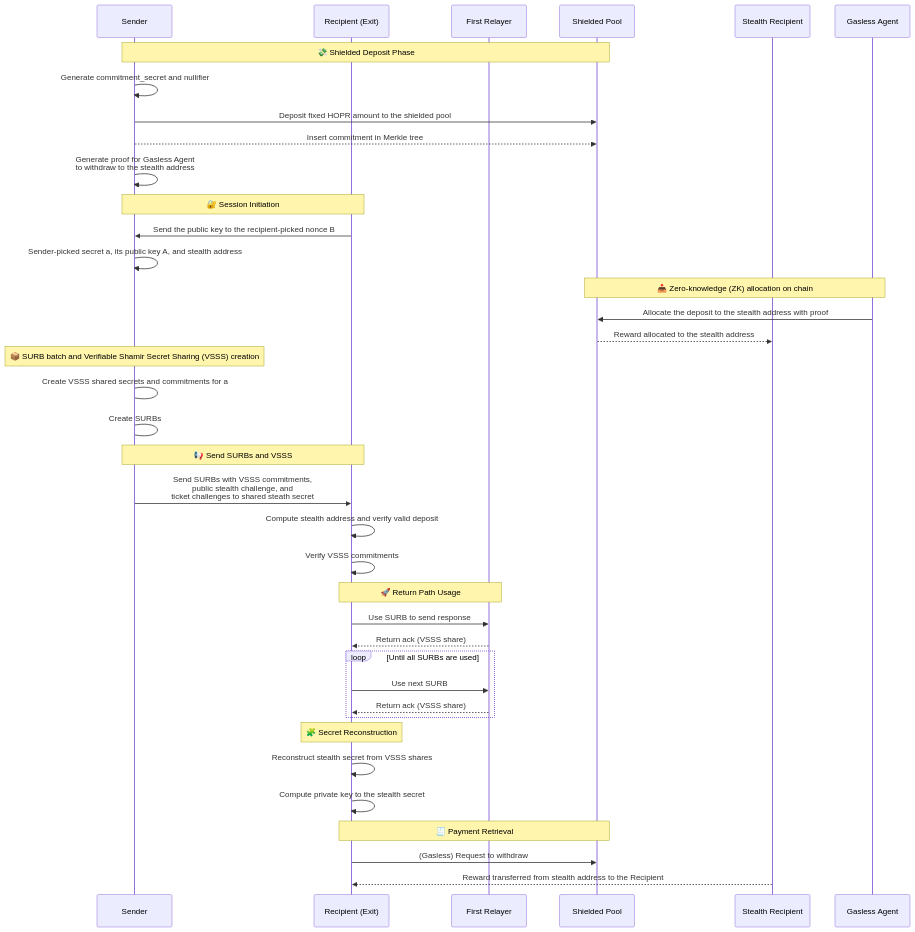
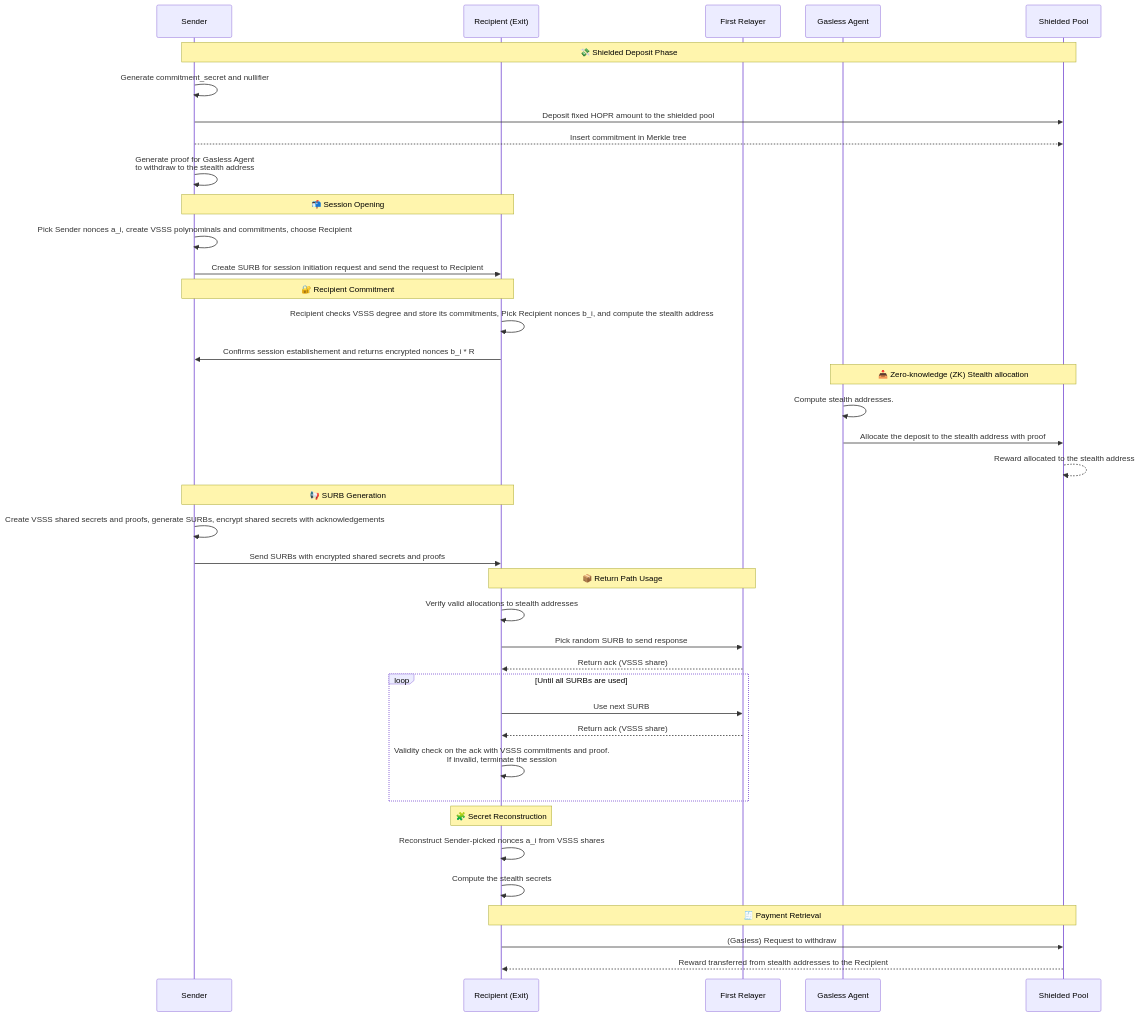
One commit to hoprnet/rfc changed the diagram in RFC-0008-return-path-incentivization/0008-return-path-incentivization.md. Above: the diagram before and after it, drawn with Mermaid. The commit also changed other lines of this file, not shown here.

````diff
--- a/RFC-0008-return-path-incentivization/0008-return-path-incentivization.md
+++ b/RFC-0008-return-path-incentivization/0008-return-path-incentivization.md
@@ -97,49 +104,50 @@
 ```mermaid
 sequenceDiagram
     participant S as Sender
     participant R as Recipient (Exit)
     participant FR as First Relayer
+    participant A as Gasless Agent
     participant ShieldedPool as Shielded Pool
-    participant SR as Stealth Recipient
-    participant A as Gasless Agent
 
     Note over S,ShieldedPool: 💸 Shielded Deposit Phase
     S->>S: Generate commitment_secret and nullifier
     S->>ShieldedPool: Deposit fixed HOPR amount to the shielded pool
     S-->>ShieldedPool: Insert commitment in Merkle tree
     S->>S: Generate proof for Gasless Agent <br/> to withdraw to the stealth address
 
-    Note over S,R: 🔐 Session Initiation
-    R->>S: Send the public key to the recipient-picked nonce B
-    S->>S: Sender-picked secret a, its public key A, and stealth address
-    
-    Note over A,ShieldedPool: 📥 Zero-knowledge (ZK) allocation on chain
+    Note over S, R: 📬 Session Opening
+    S->>S: Pick Sender nonces a_i, create VSSS polynominals and commitments, choose Recipient
+    S->>R: Create SURB for session initiation request and send the request to Recipient
+
+    Note over S, R: 🔐 Recipient Commitment
+    R->>R: Recipient checks VSSS degree and store its commitments, Pick Recipient nonces b_i, and compute the stealth address
+    R->>S: Confirms session establishement and returns encrypted nonces b_i * R
+
+    Note over A,ShieldedPool: 📥 Zero-knowledge (ZK) Stealth allocation
+    A->>A: Compute stealth addresses.
     A->>ShieldedPool: Allocate the deposit to the stealth address with proof
-    ShieldedPool-->>SR: Reward allocated to the stealth address
+    ShieldedPool-->>ShieldedPool: Reward allocated to the stealth address
 
-    Note over S: 📦 SURB batch and Verifiable Shamir Secret Sharing (VSSS) creation
-    S->S: Create VSSS shared secrets and commitments for a
-    S->S: Create SURBs 
+    Note over S,R: 📢 SURB Generation
+    S->>S: Create VSSS shared secrets and proofs, generate SURBs, encrypt shared secrets with acknowledgements
+    S->>R: Send SURBs with encrypted shared secrets and proofs
 
-    Note over S,R: 📢 Send SURBs and VSSS
-    S->>R: Send SURBs with VSSS commitments, <br/> public stealth challenge, and <br/> ticket challenges to shared steath secret
-    R->>R: Compute stealth address and verify valid deposit
-    R->>R: Verify VSSS commitments
-
-    Note over R,FR: 🚀 Return Path Usage
-    R->>FR: Use SURB to send response
+    Note over R,FR: 📦 Return Path Usage
+    R->>R: Verify valid allocations to stealth addresses
+    R->>FR: Pick random SURB to send response
     FR-->>R: Return ack (VSSS share)
 
     loop Until all SURBs are used
         R->>FR: Use next SURB
         FR-->>R: Return ack (VSSS share)
+        R->>R: Validity check on the ack with VSSS commitments and proof. <br/>If invalid, terminate the session
     end
 
     Note over R: 🧩 Secret Reconstruction
-    R->>R: Reconstruct stealth secret from VSSS shares
-    R->>R: Compute private key to the stealth secret
+    R->>R: Reconstruct Sender-picked nonces a_i from VSSS shares
+    R->>R: Compute the stealth secrets
 
     Note over R,ShieldedPool: 🧾 Payment Retrieval 
     R->>ShieldedPool: (Gasless) Request to withdraw
-    SR-->>R: Reward transferred from stealth address to the Recipient
+    ShieldedPool-->>R: Reward transferred from stealth addresses to the Recipient
 ```
````
